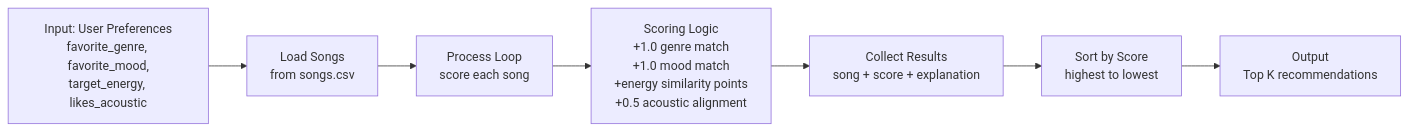
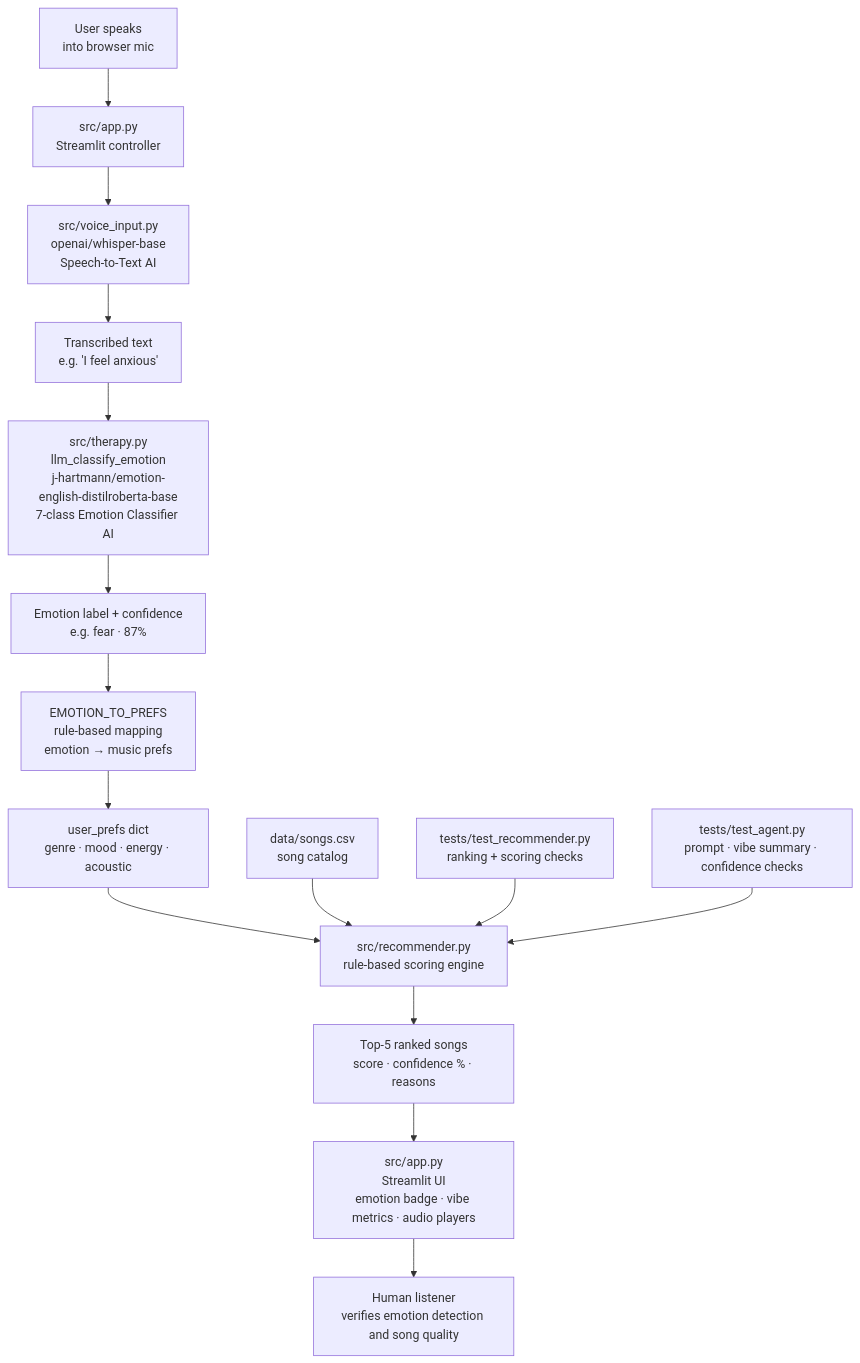
One commit to Pritigrg/applied-ai-system-project changed the diagram in README.md. Above: the diagram before and after it, drawn with Mermaid. The commit also changed other lines of this file and 67 other files, not shown here.

First line of the commit message:
Add EmotionLift voice-driven music therapy system

````diff
--- a/README.md
+++ b/README.md
@@ -64,9 +72,17 @@
 ```mermaid
-flowchart LR
-    A[Input: User Preferences\nfavorite_genre, favorite_mood,\ntarget_energy, likes_acoustic] --> B[Load Songs\nfrom songs.csv]
-    B --> C[Process Loop\nscore each song]
-    C --> D[Scoring Logic\n+1.0 genre match\n+1.0 mood match\n+energy similarity points\n+0.5 acoustic alignment]
-    D --> E[Collect Results\nsong + score + explanation]
-    E --> F[Sort by Score\nhighest to lowest]
-    F --> G[Output\nTop K recommendations]
+flowchart TD
+    A[User speaks\ninto browser mic] --> B[src/app.py\nStreamlit controller]
+    B --> C[src/voice_input.py\nopenai/whisper-base\nSpeech-to-Text AI]
+    C --> D[Transcribed text\ne.g. 'I feel anxious']
+    D --> E[src/therapy.py\nllm_classify_emotion\nj-hartmann/emotion-english-distilroberta-base\n7-class Emotion Classifier AI]
+    E --> F[Emotion label + confidence\ne.g. fear · 87%]
+    F --> G[EMOTION_TO_PREFS\nrule-based mapping\nemotion → music prefs]
+    G --> H[user_prefs dict\ngenre · mood · energy · acoustic]
+    H --> I[src/recommender.py\nrule-based scoring engine]
+    J[data/songs.csv\nsong catalog] --> I
+    I --> K[Top-5 ranked songs\nscore · confidence % · reasons]
+    K --> L[src/app.py\nStreamlit UI\nemotion badge · vibe metrics · audio players]
+    L --> M[Human listener\nverifies emotion detection and song quality]
+    N[tests/test_recommender.py\nranking + scoring checks] --> I
+    O[tests/test_agent.py\nprompt · vibe summary · confidence checks] --> I
 ```
````
